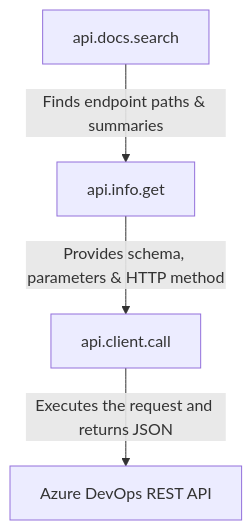
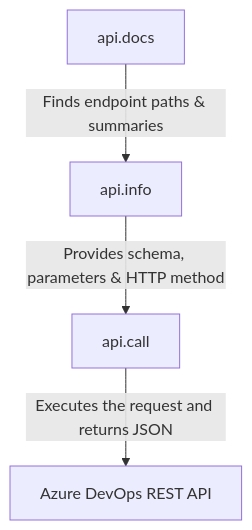
The diagram in wiki/Generic-REST-Client.md (varnierg/MCP-for-AZURE-Devops), drawn with Mermaid before and after one commit. The commit also changed other lines of this file and 7 other files, not shown here.

````diff
--- a/wiki/Generic-REST-Client.md
+++ b/wiki/Generic-REST-Client.md
@@ -16,6 +16,6 @@
 ```mermaid
 graph TD
-    A[api.docs.search] -->|Finds endpoint paths & summaries| B[api.info.get]
-    B -->|Provides schema, parameters & HTTP method| C[api.client.call]
+    A[api.docs] -->|Finds endpoint paths & summaries| B[api.info]
+    B -->|Provides schema, parameters & HTTP method| C[api.call]
     C -->|Executes the request and returns JSON| D[Azure DevOps REST API]
 ```
````
